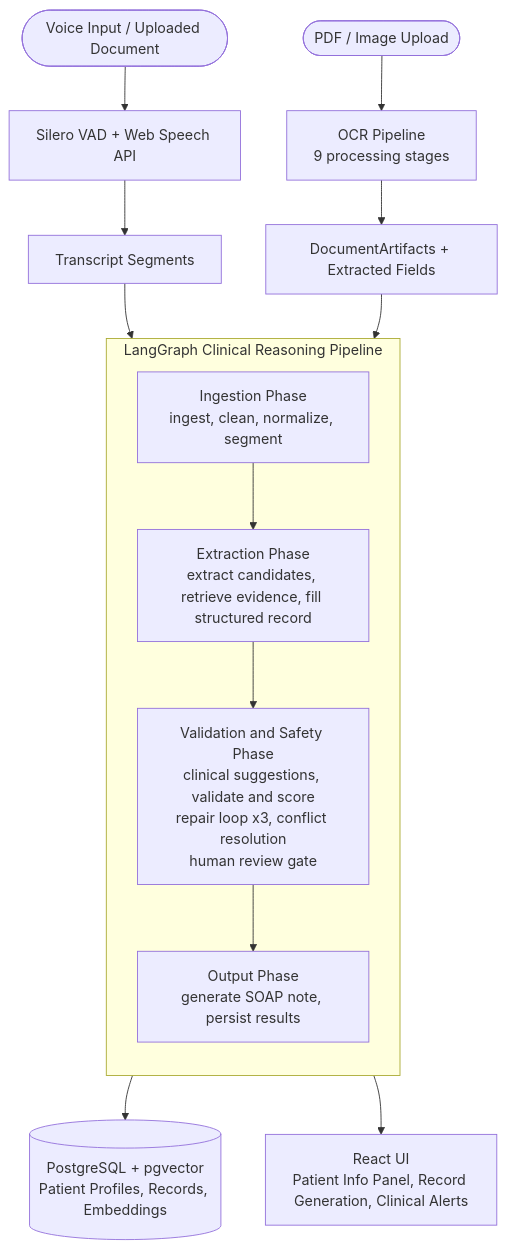
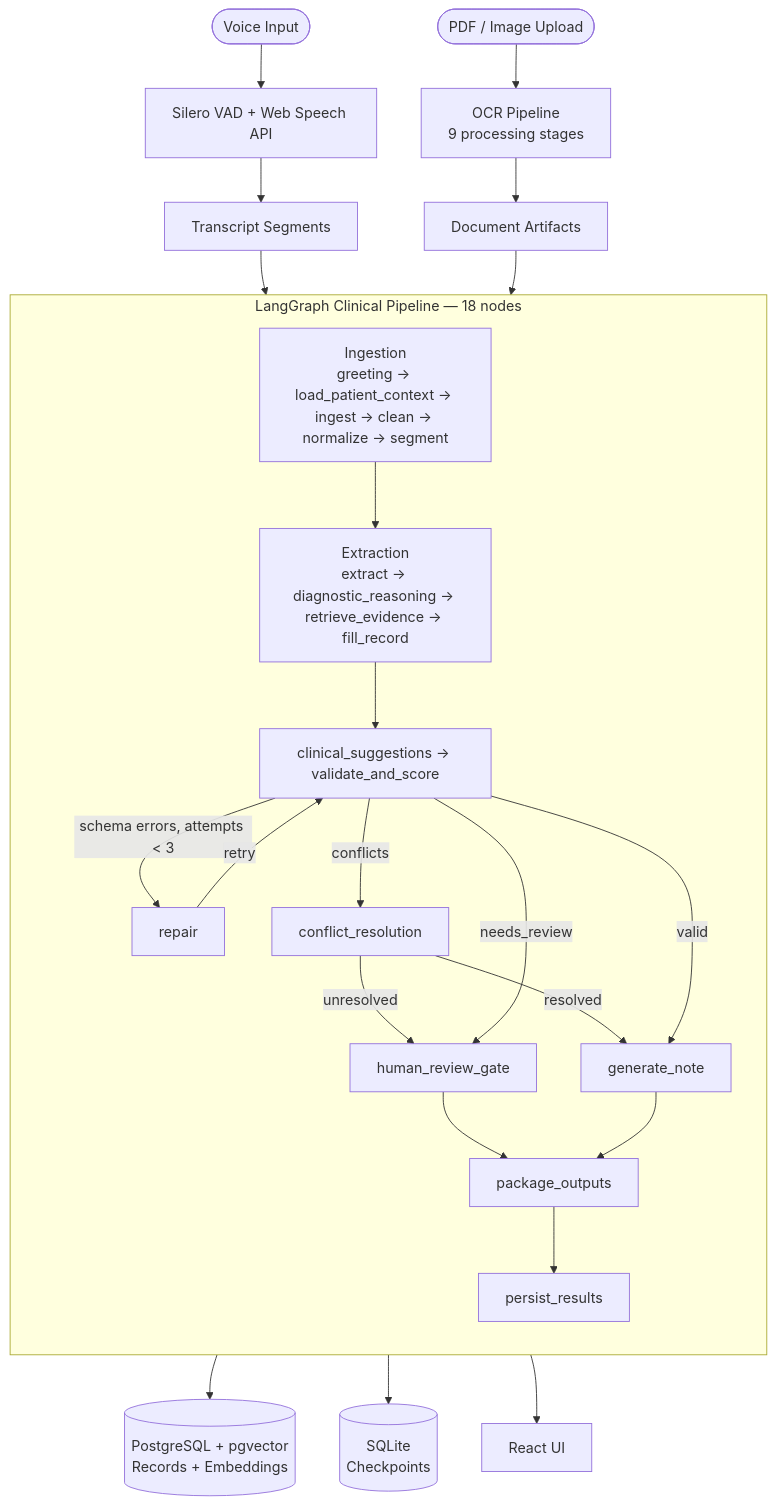
One commit to GuchaIll/MedScribe changed the diagram in README.md. Above: the diagram before and after it, drawn with Mermaid. The commit also changed other lines of this file and 2 other files, not shown here.

First line of the commit message:
Refactor README and add architecture documentation

````diff
--- a/README.md
+++ b/README.md
@@ -34,21 +24,31 @@
 ```mermaid
 flowchart TD
-    A([Voice Input / Uploaded Document]) --> B[Silero VAD + Web Speech API]
+    A([Voice Input]) --> B[Silero VAD + Web Speech API]
     B --> C[Transcript Segments]
     D([PDF / Image Upload]) --> E[OCR Pipeline\n9 processing stages]
-    E --> F[DocumentArtifacts + Extracted Fields]
+    E --> F[Document Artifacts]
 
     C --> G
     F --> G
 
-    subgraph G [LangGraph Clinical Reasoning Pipeline]
+    subgraph G [LangGraph Clinical Pipeline — 18 nodes]
         direction TB
-        G1[Ingestion Phase\ningest, clean, normalize, segment] -->
-        G2[Extraction Phase\nextract candidates, retrieve evidence, fill structured record] -->
-        G3[Validation and Safety Phase\nclinical suggestions, validate and score\nrepair loop x3, conflict resolution\nhuman review gate] -->
-        G4[Output Phase\ngenerate SOAP note, persist results]
+        G1[Ingestion\ngreeting → load_patient_context → ingest → clean → normalize → segment] -->
+        G2[Extraction\nextract → diagnostic_reasoning → retrieve_evidence → fill_record] -->
+        G3[clinical_suggestions → validate_and_score]
+        G3 -->|schema errors, attempts < 3| G3R[repair]
+        G3R -->|retry| G3
+        G3 -->|conflicts| G3C[conflict_resolution]
+        G3C -->|unresolved| G3V[human_review_gate]
+        G3C -->|resolved| G4
+        G3 -->|needs_review| G3V
+        G3 -->|valid| G4[generate_note]
+        G3V --> G4B[package_outputs]
+        G4 --> G4B
+        G4B --> G5[persist_results]
     end
 
-    G4 --> H[(PostgreSQL + pgvector\nPatient Profiles, Records, Embeddings)]
-    G4 --> I[React UI\nPatient Info Panel, Record Generation, Clinical Alerts]
+    G5 --> H[(PostgreSQL + pgvector\nRecords + Embeddings)]
+    G5 --> I2[(SQLite\nCheckpoints)]
+    G5 --> I[React UI]
 ```
````
